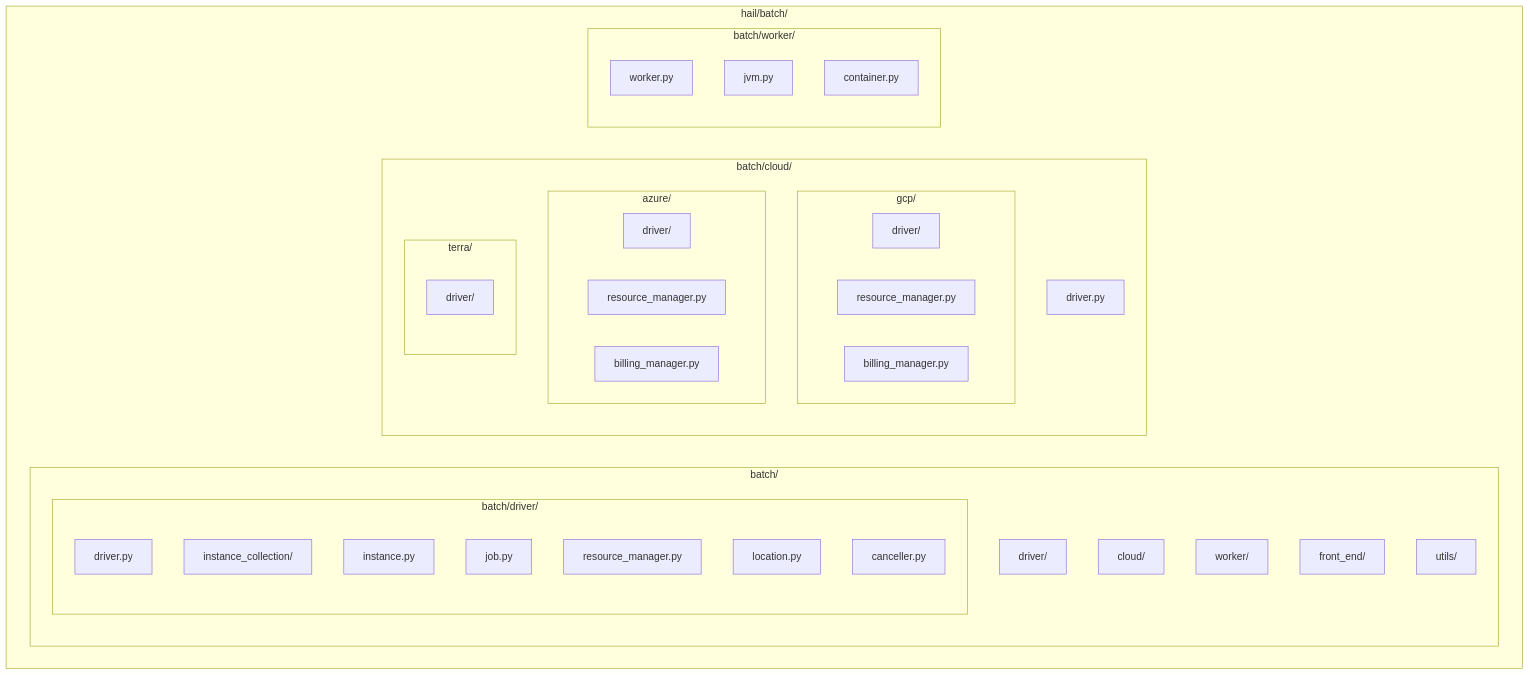
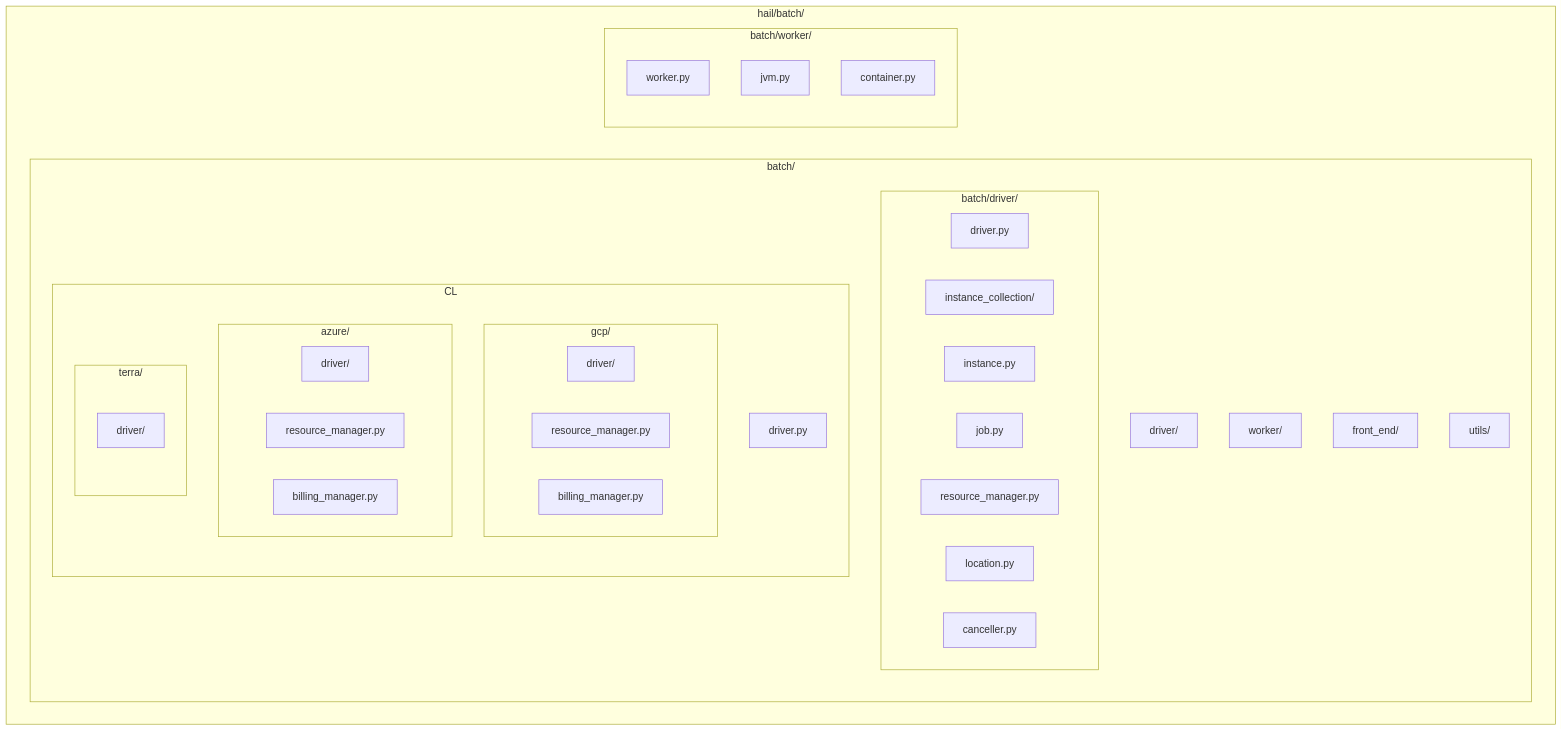
The first of 10 diagrams in dev-docs/services/batch/code-structure.md (cjllanwarne/hail), drawn with Mermaid before and after one commit.

````diff
--- a/dev-docs/services/batch/code-structure.md
+++ b/dev-docs/services/batch/code-structure.md
@@ -11,45 +11,45 @@
 ```mermaid
 graph TB
     subgraph "hail/batch/"
         subgraph "batch/"
                 DR[driver/]
                 CL[cloud/]
                 WR[worker/]
                 FR[front_end/]
                 UT[utils/]
 
             subgraph "batch/driver/"
                 DC[driver.py]
                 IC[instance_collection/]
                 IN[instance.py]
                 JO[job.py]
                 RM[resource_manager.py]
                 LO[location.py]
                 CA[canceller.py]
             end
         end
         
-        subgraph "batch/cloud/"
+        subgraph CL
             CD[driver.py]
             subgraph "gcp/"
                 GD[driver/]
                 GR[resource_manager.py]
                 GB[billing_manager.py]
             end
             subgraph "azure/"
                 AD[driver/]
                 AR[resource_manager.py]
                 AB[billing_manager.py]
             end
             subgraph "terra/"
                 TD[driver/]
             end
         end
         
         subgraph "batch/worker/"
             WW[worker.py]
             WJ[jvm.py]
             WC[container.py]
         end
     end
 ```
````
